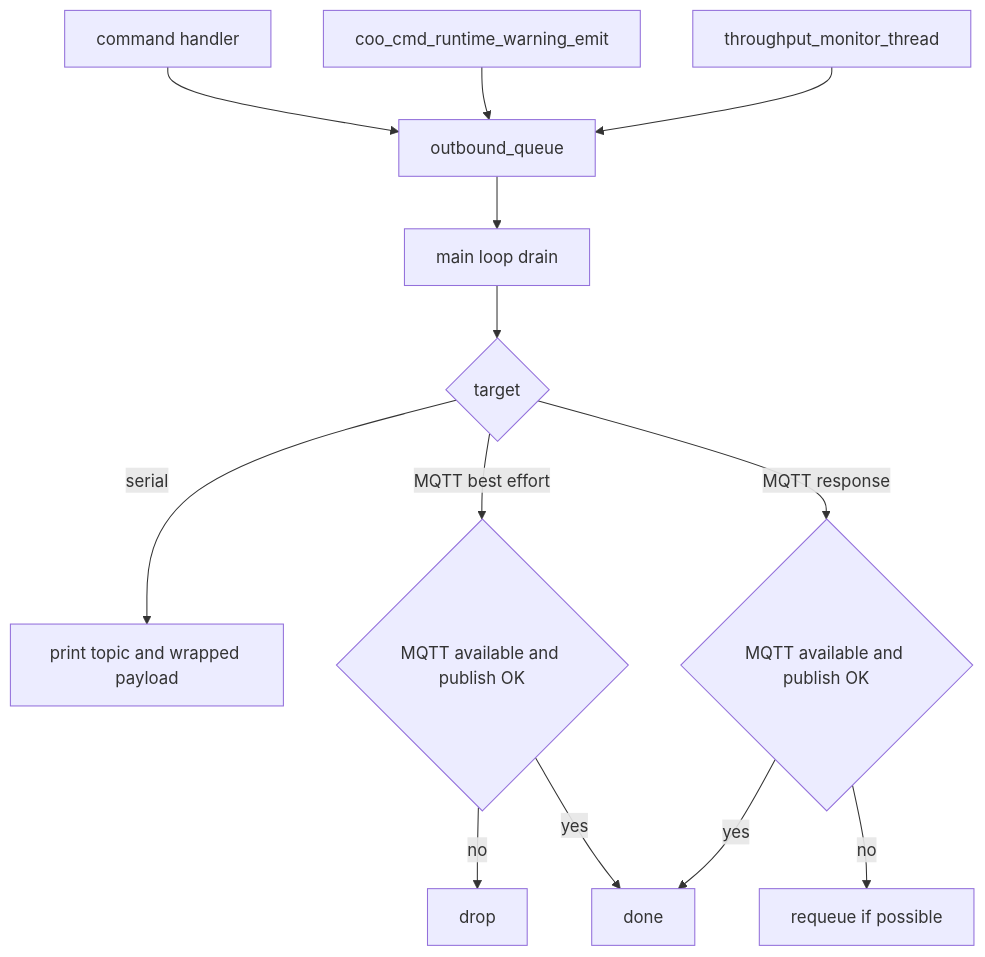
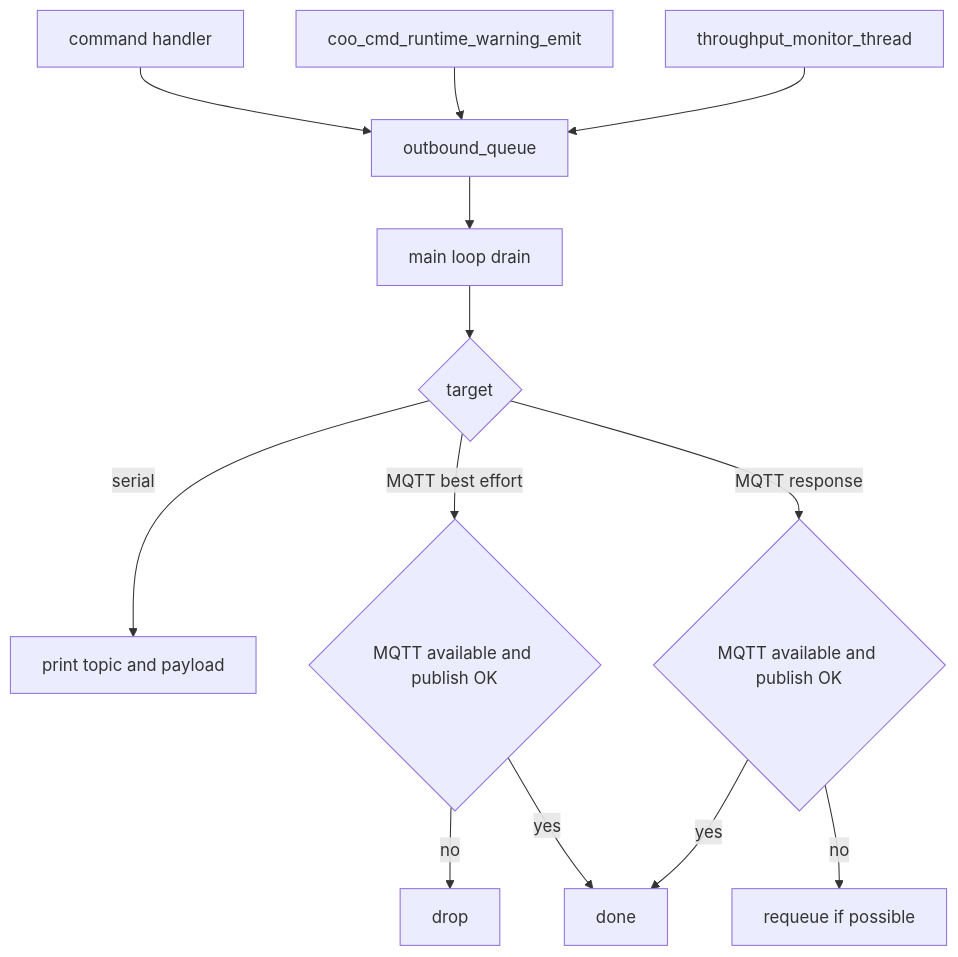
Before and after one commit to COO-Utilities/hispec-tib: the seventh of 22 diagrams in doc/diagrams.md, drawn with Mermaid. The commit also changed 7 other files, not shown here.

Commit message:
Improve MQTT handling: log retained command errors, limit socket poll intervals, enhance payload response formatting, and better support serial guard with refined read-only query allowances. Update `help` response with detailed device and prefix info.

````diff
--- a/doc/diagrams.md
+++ b/doc/diagrams.md
@@ -142,15 +142,15 @@
 ```mermaid
 flowchart TD
   Handler[command handler] --> OutQ[outbound_queue]
   Warning[coo_cmd_runtime_warning_emit] --> OutQ
   Throughput[throughput_monitor_thread] --> OutQ
   OutQ --> Drain[main loop drain]
   Drain --> Target{target}
-  Target -- serial --> Print[print topic and wrapped payload]
+  Target -- serial --> Print[print topic and payload]
   Target -- MQTT best effort --> MQTTBE{MQTT available and publish OK}
   Target -- MQTT response --> MQTT{MQTT available and publish OK}
   MQTTBE -- no --> Drop[drop]
   MQTTBE -- yes --> Done[done]
   MQTT -- no --> Requeue[requeue if possible]
   MQTT -- yes --> Done
 ```
````
